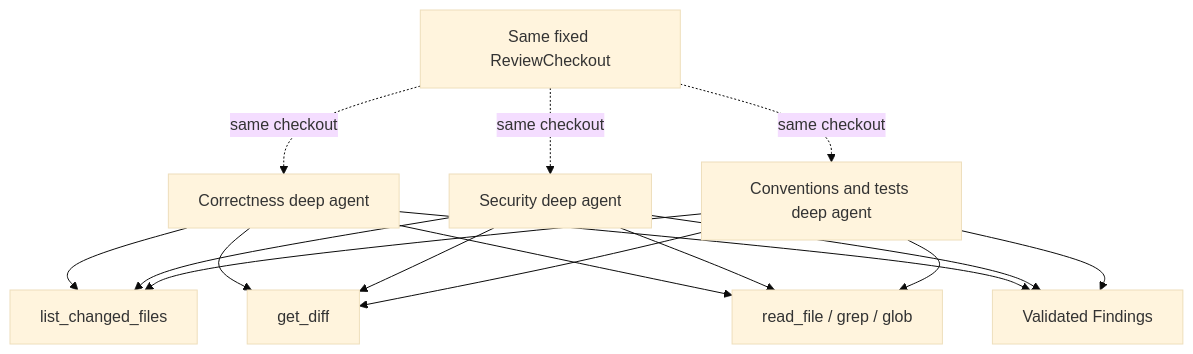
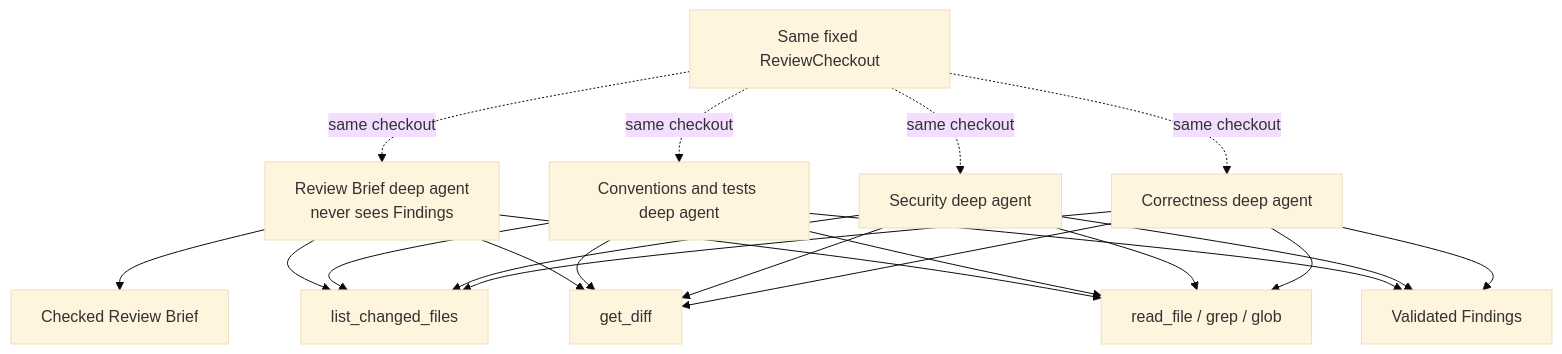
The fourth of 4 diagrams in ARCHITECTURE.md (taipingeric/review_sheep), drawn with Mermaid (base theme) before and after one commit. The commit also changed other lines of this file and 2 other files, not shown here.

First line of the commit message:
docs: document the Review Brief

````diff
--- a/ARCHITECTURE.md
+++ b/ARCHITECTURE.md
@@ -257,27 +293,34 @@
 ```mermaid
 flowchart TD
     Checkout[Same fixed ReviewCheckout]
     C[Correctness deep agent]
     S[Security deep agent]
     T[Conventions and tests deep agent]
     Index[list_changed_files]
     Diff[get_diff]
     Read[read_file / grep / glob]
+    B[Review Brief deep agent<br/>never sees Findings]
     Out[Validated Findings]
+    BriefOut[Checked Review Brief]
 
+    Checkout -. same checkout .-> B
     Checkout -. same checkout .-> C
     Checkout -. same checkout .-> S
     Checkout -. same checkout .-> T
     C --> Index
     C --> Diff
     C --> Read
     S --> Index
     S --> Diff
     S --> Read
     T --> Index
     T --> Diff
     T --> Read
+    B --> Index
+    B --> Diff
+    B --> Read
+    B --> BriefOut
     C --> Out
     S --> Out
     T --> Out
 ```
````
